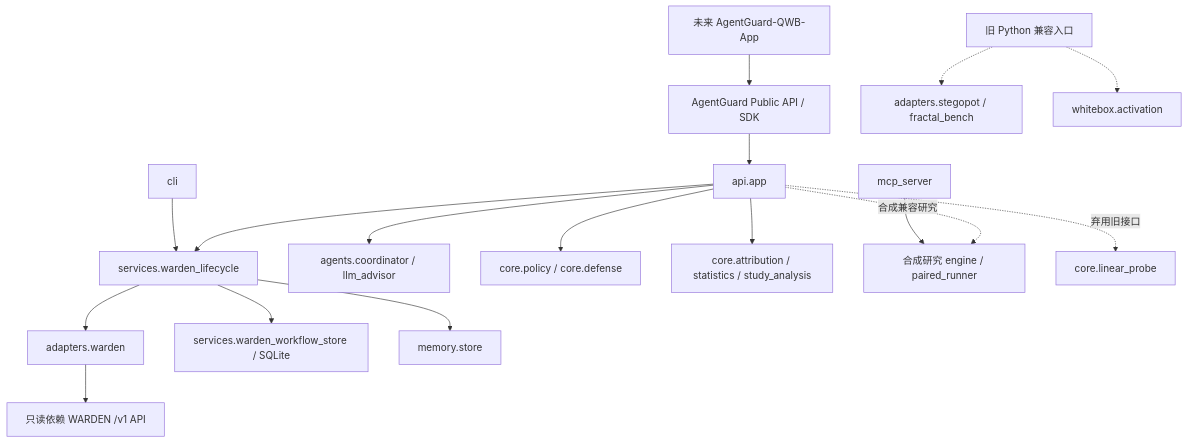
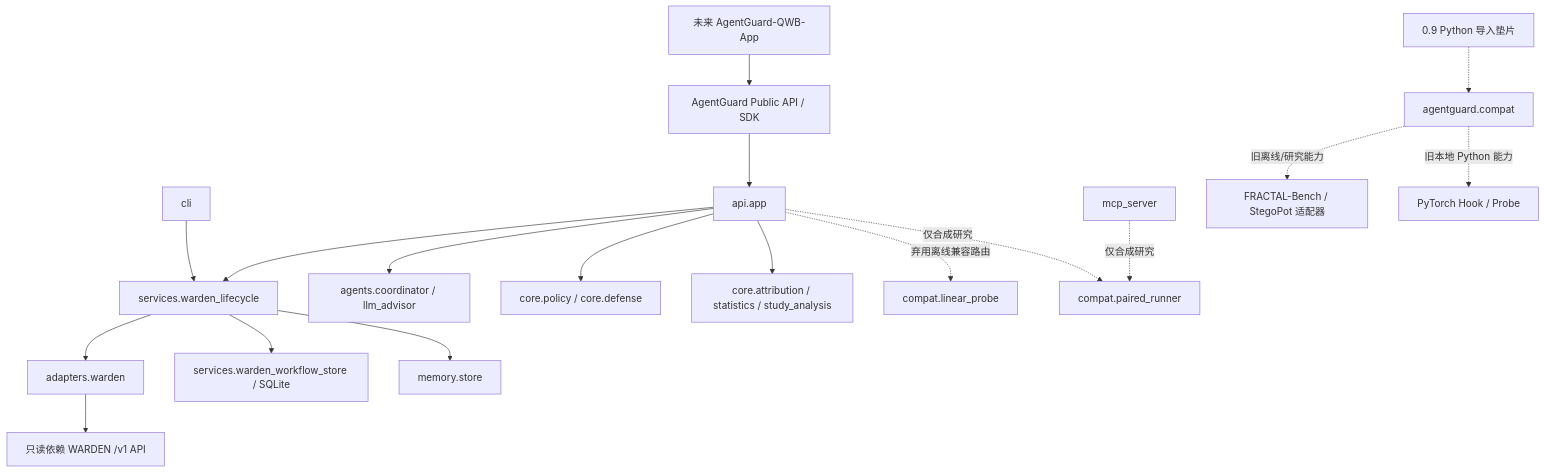
One commit to hauyer/AgentGuard changed the diagram in docs/migration/DEPENDENCY_GRAPH.md. Above: the diagram before and after it, drawn with Mermaid. The commit also changed other lines of this file and 24 other files, not shown here.

Commit message:
Isolate legacy audit implementations behind compatibility namespace

````diff
--- a/docs/migration/DEPENDENCY_GRAPH.md
+++ b/docs/migration/DEPENDENCY_GRAPH.md
@@ -5,19 +5,20 @@
 ```mermaid
 flowchart TD
   App[未来 AgentGuard-QWB-App] --> Public[AgentGuard Public API / SDK]
   Public --> API[api.app]
   CLI[cli] --> Lifecycle[services.warden_lifecycle]
   API --> Lifecycle
   Lifecycle --> Client[adapters.warden]
   Lifecycle --> Journal[services.warden_workflow_store / SQLite]
   Lifecycle --> Memory[memory.store]
   Client --> WARDEN[只读依赖 WARDEN /v1 API]
   API --> Coordinator[agents.coordinator / llm_advisor]
   API --> Policy[core.policy / core.defense]
   API --> Research[core.attribution / statistics / study_analysis]
-  MCP[mcp_server] --> Synthetic[合成研究 engine / paired_runner]
-  API -. 弃用旧接口 .-> Probe[core.linear_probe]
-  API -. 合成兼容研究 .-> Synthetic
-  Legacy[旧 Python 兼容入口] -.-> OldAdapters[adapters.stegopot / fractal_bench]
-  Legacy -.-> Hooks[whitebox.activation]
+  API -. 弃用离线兼容路由 .-> CompatProbe[compat.linear_probe]
+  API -. 仅合成研究 .-> CompatPaired[compat.paired_runner]
+  MCP[mcp_server] -. 仅合成研究 .-> CompatPaired
+  Legacy[0.9 Python 导入垫片] -.-> Compatibility[agentguard.compat]
+  Compatibility -. 旧离线/研究能力 .-> OldAdapters[FRACTAL-Bench / StegoPot 适配器]
+  Compatibility -. 旧本地 Python 能力 .-> Hooks[PyTorch Hook / Probe]
 ```
````
